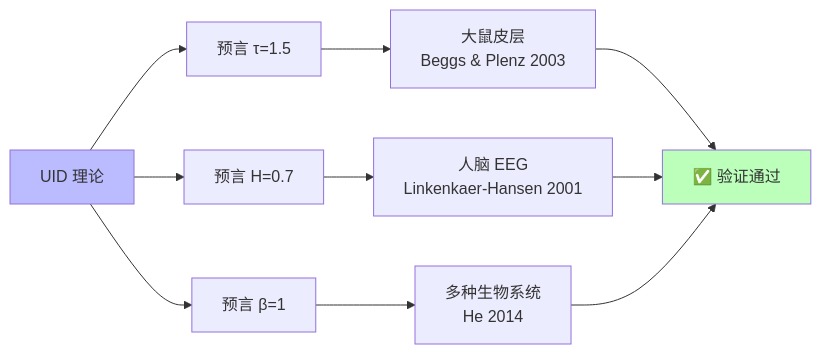
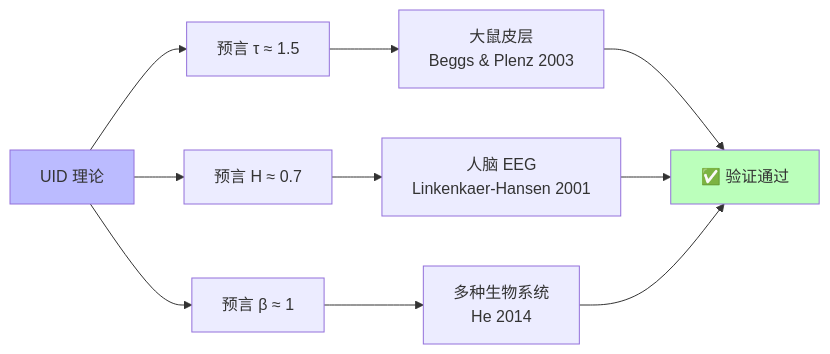
One commit to gwailee/uid changed the third of 3 diagrams in 30minutes_report.md. Above: the diagram before and after it, drawn with Mermaid. The commit also changed other lines of this file, not shown here.

````diff
--- a/30minutes_report.md
+++ b/30minutes_report.md
@@ -840,17 +736,17 @@
 ```mermaid
 graph LR
-    A["UID 理论"] --> B["预言 τ=1.5"]
-    A --> C["预言 H=0.7"]
-    A --> D["预言 β=1"]
+    A["UID 理论"] --> B["预言 τ ≈ 1.5"]
+    A --> C["预言 H ≈ 0.7"]
+    A --> D["预言 β ≈ 1"]
 
     B --> E["大鼠皮层<br/>Beggs & Plenz 2003"]
     C --> F["人脑 EEG<br/>Linkenkaer-Hansen 2001"]
     D --> G["多种生物系统<br/>He 2014"]
 
     E --> H["✅ 验证通过"]
     F --> H
     G --> H
 
     style A fill:#bbf
     style H fill:#bfb
 ```
````
